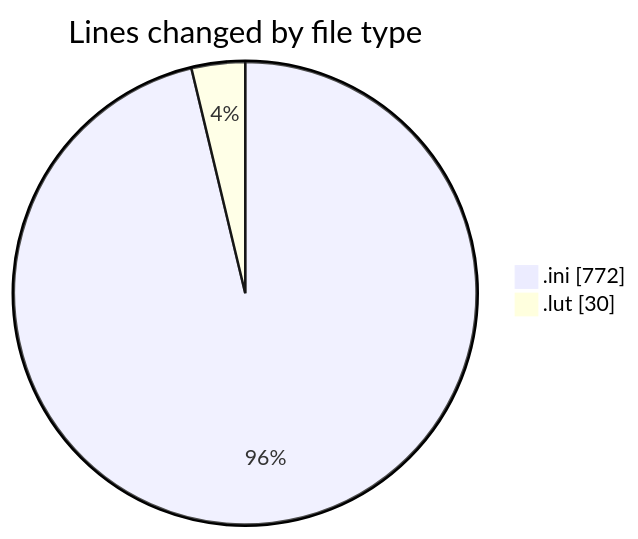
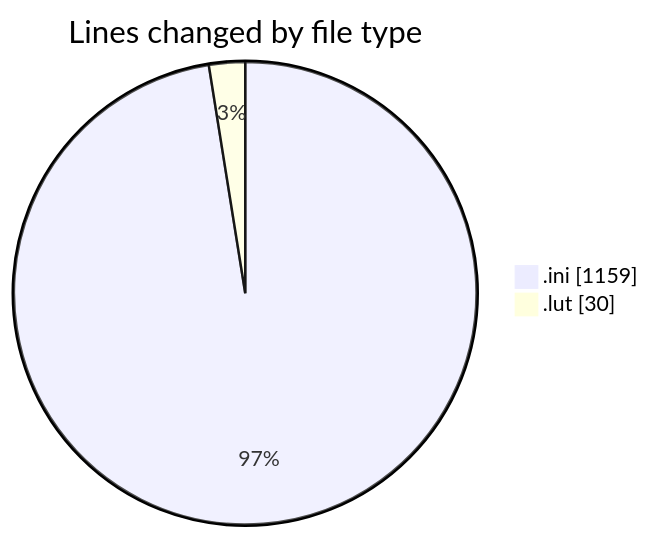
The first of 2 diagrams in 2025-07-09/data/README.md (Netris89/code-tracking), drawn with Mermaid before and after one commit. The commit also changed other lines of this file and 1 other file, not shown here.

````diff
--- a/2025-07-09/data/README.md
+++ b/2025-07-09/data/README.md
@@ -24,6 +26,6 @@
 ```mermaid
 pie showData
 title Lines changed by file type
-".ini" : 772
+".ini" : 1159
 ".lut" : 30
 ```
````
